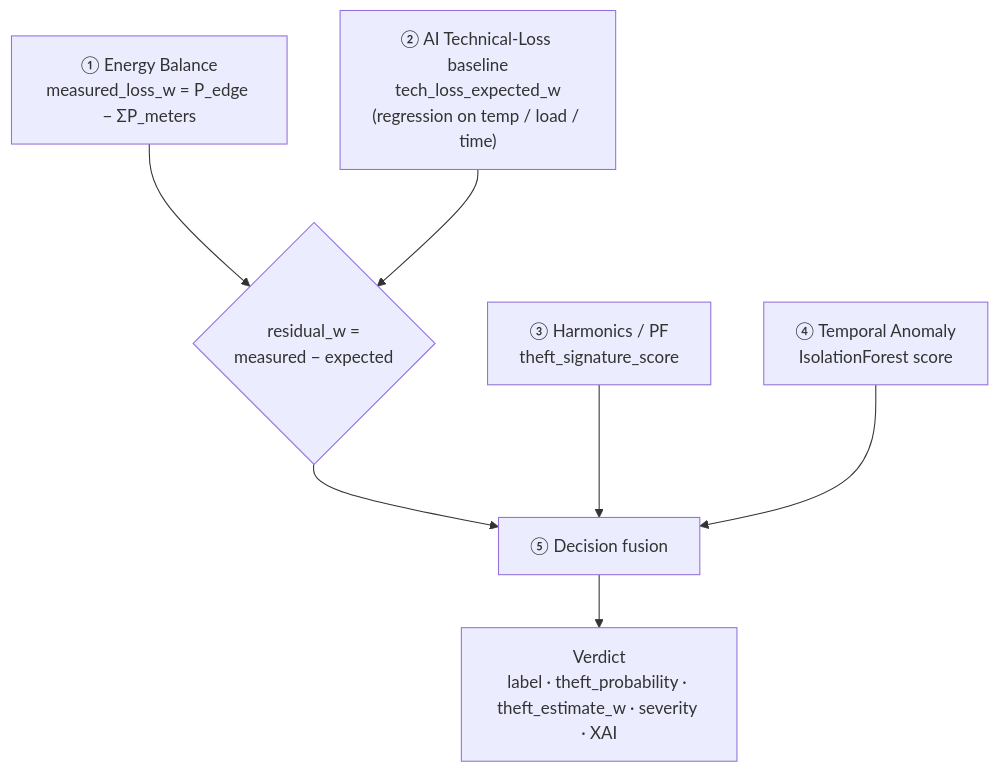
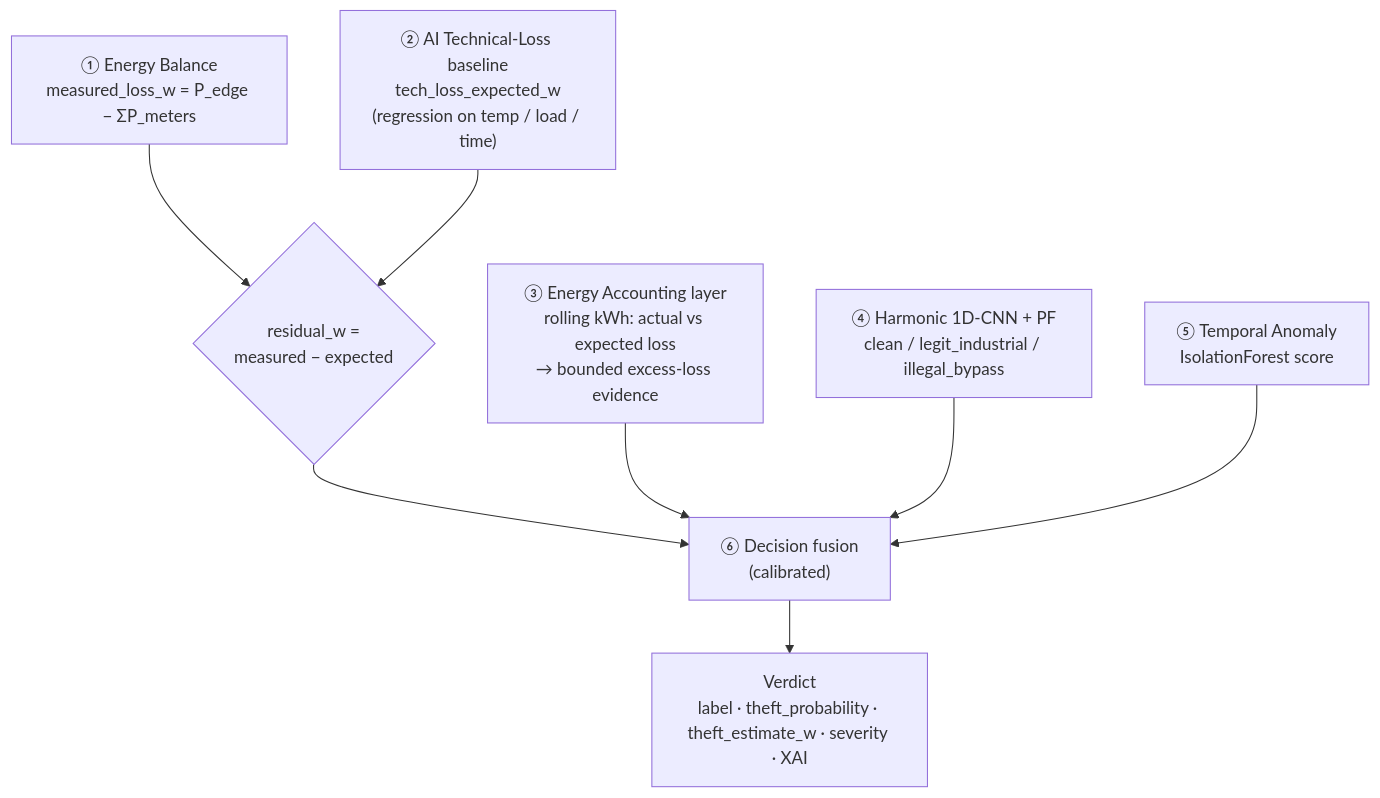
Before and after one commit to AhmedEbrahem25/Grid-Pulse-NTL: the second of 2 diagrams in README.md, drawn with Mermaid. The commit also changed other lines of this file and 10 other files, not shown here.

````diff
--- a/README.md
+++ b/README.md
@@ -130,9 +132,10 @@
 ```mermaid
 flowchart TD
     A["① Energy Balance<br/>measured_loss_w = P_edge − ΣP_meters"] --> R
     B["② AI Technical-Loss baseline<br/>tech_loss_expected_w<br/>(regression on temp / load / time)"] --> R
     R{"residual_w =<br/>measured − expected"} --> D
-    C["③ Harmonics / PF<br/>theft_signature_score"] --> D
-    E["④ Temporal Anomaly<br/>IsolationForest score"] --> D
-    D["⑤ Decision fusion"] --> V["Verdict<br/>label · theft_probability · theft_estimate_w · severity · XAI"]
+    F["③ Energy Accounting layer<br/>rolling kWh: actual vs expected loss<br/>→ bounded excess-loss evidence"] --> D
+    C["④ Harmonic 1D-CNN + PF<br/>clean / legit_industrial / illegal_bypass"] --> D
+    E["⑤ Temporal Anomaly<br/>IsolationForest score"] --> D
+    D["⑥ Decision fusion<br/>(calibrated)"] --> V["Verdict<br/>label · theft_probability · theft_estimate_w · severity · XAI"]
 ```
````
